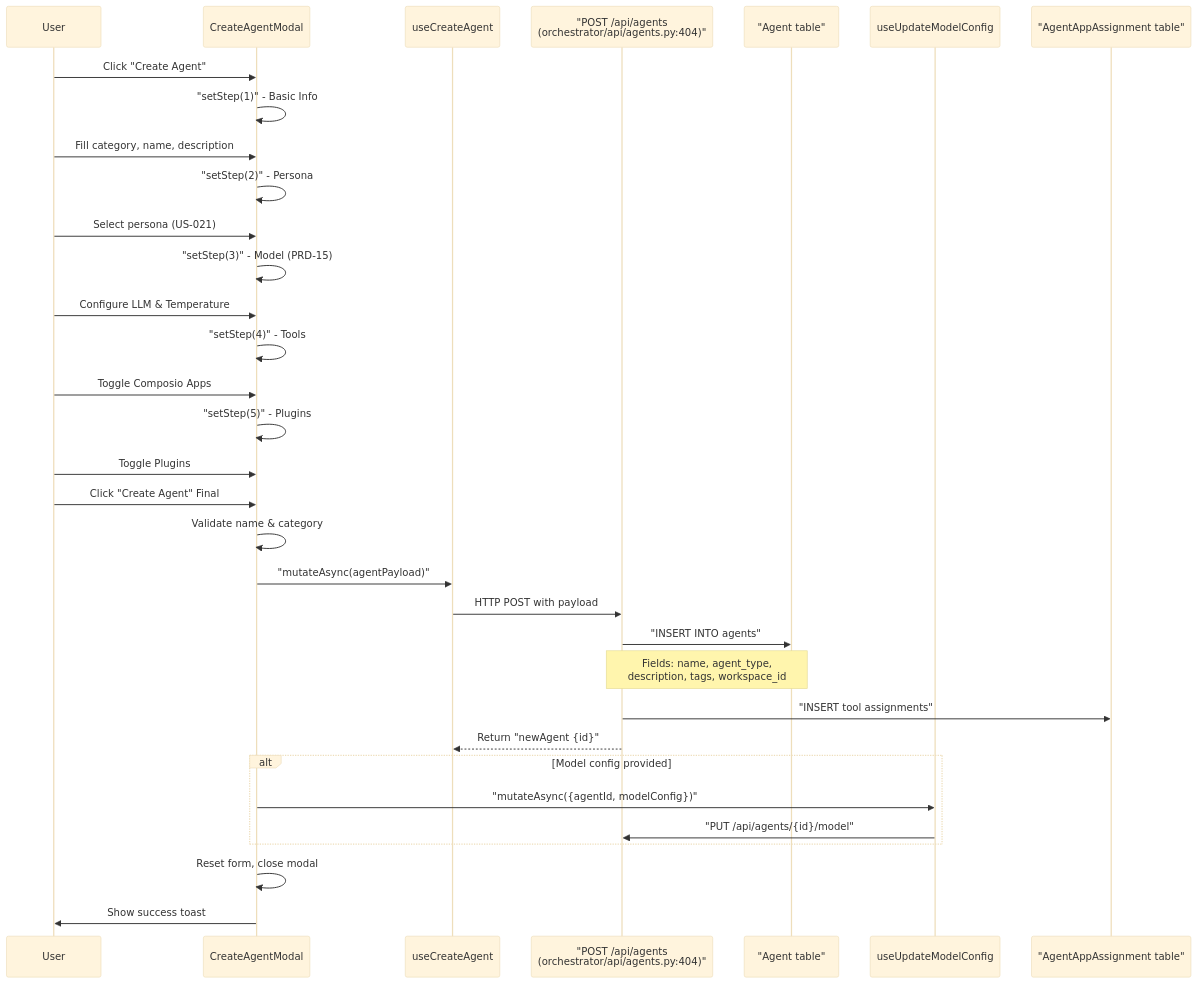
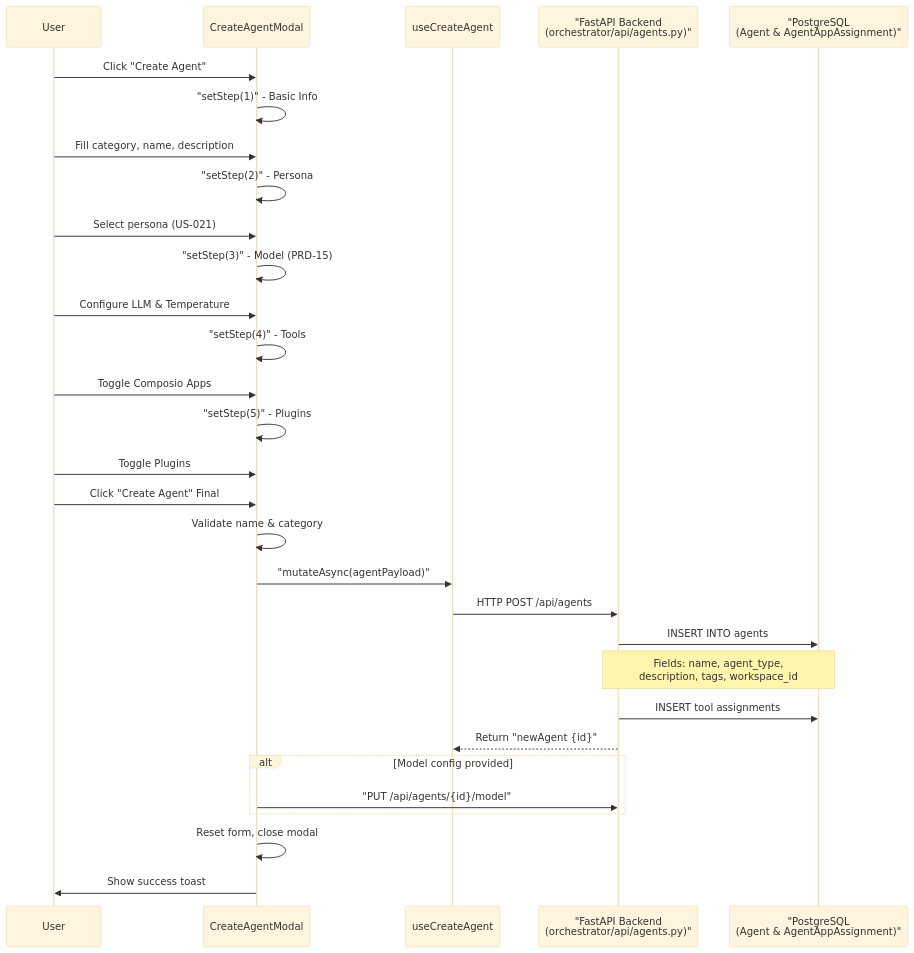
One commit to AutomatosAI/automatos-ai changed the first of 2 diagrams in docs/agents/creating-agents.md. Above: the diagram before and after it, drawn with Mermaid (base theme). The commit also changed other lines of this file and 153 other files, not shown here.

````diff
--- a/docs/agents/creating-agents.md
+++ b/docs/agents/creating-agents.md
@@ -66,39 +56,36 @@
 ```mermaid
 sequenceDiagram
     participant User
     participant CreateAgentModal
     participant useCreateAgent
-    participant POST_agents as "POST /api/agents<br/>(orchestrator/api/agents.py:404)"
-    participant Agent_table as "Agent table"
-    participant useUpdateModelConfig
-    participant AgentAppAssignment_table as "AgentAppAssignment table"
+    participant API as "FastAPI Backend<br/>(orchestrator/api/agents.py)"
+    participant DB as "PostgreSQL<br/>(Agent & AgentAppAssignment)"
     
     User->>CreateAgentModal: Click "Create Agent"
     CreateAgentModal->>CreateAgentModal: "setStep(1)" - Basic Info
     User->>CreateAgentModal: Fill category, name, description
     CreateAgentModal->>CreateAgentModal: "setStep(2)" - Persona
     User->>CreateAgentModal: Select persona (US-021)
     CreateAgentModal->>CreateAgentModal: "setStep(3)" - Model (PRD-15)
     User->>CreateAgentModal: Configure LLM & Temperature
     CreateAgentModal->>CreateAgentModal: "setStep(4)" - Tools
     User->>CreateAgentModal: Toggle Composio Apps
     CreateAgentModal->>CreateAgentModal: "setStep(5)" - Plugins
     User->>CreateAgentModal: Toggle Plugins
     User->>CreateAgentModal: Click "Create Agent" Final
     
     CreateAgentModal->>CreateAgentModal: Validate name & category
     CreateAgentModal->>useCreateAgent: "mutateAsync(agentPayload)"
-    useCreateAgent->>POST_agents: HTTP POST with payload
-    POST_agents->>Agent_table: "INSERT INTO agents"
-    Note over POST_agents,Agent_table: Fields: name, agent_type,<br/>description, tags, workspace_id
-    POST_agents->>AgentAppAssignment_table: "INSERT tool assignments"
-    POST_agents-->>useCreateAgent: Return "newAgent {id}"
+    useCreateAgent->>API: HTTP POST /api/agents
+    API->>DB: INSERT INTO agents
+    Note over API,DB: Fields: name, agent_type,<br/>description, tags, workspace_id
+    API->>DB: INSERT tool assignments
+    API-->>useCreateAgent: Return "newAgent {id}"
     
     alt Model config provided
-        CreateAgentModal->>useUpdateModelConfig: "mutateAsync({agentId, modelConfig})"
-        useUpdateModelConfig->>POST_agents: "PUT /api/agents/{id}/model"
+        CreateAgentModal->>API: "PUT /api/agents/{id}/model"
     end
     
     CreateAgentModal->>CreateAgentModal: Reset form, close modal
     CreateAgentModal->>User: Show success toast
 ```
````
